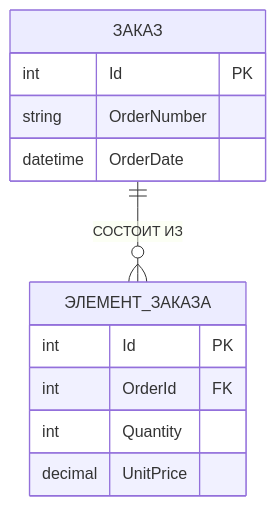
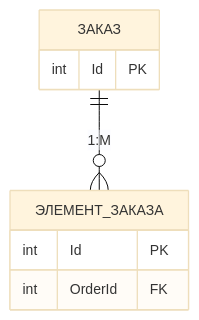
One commit to BDVRepo/Shop changed the fifth of 7 diagrams in example/КУРСОВАЯ_РАБОТА.md. Above: the diagram before and after it, drawn with Mermaid. The commit also changed other lines of this file and 1 other file, not shown here.

````diff
--- a/example/КУРСОВАЯ_РАБОТА.md
+++ b/example/КУРСОВАЯ_РАБОТА.md
@@ -337,15 +299,12 @@
 ```mermaid
+%%{init: {'theme':'base', 'themeVariables': {'fontSize':'14px'}}}%%
 erDiagram
-    ЗАКАЗ ||--o{ ЭЛЕМЕНТ_ЗАКАЗА : "СОСТОИТ ИЗ"
+    ЗАКАЗ ||--o{ ЭЛЕМЕНТ_ЗАКАЗА : "1:M"
     ЗАКАЗ {
         int Id PK
-        string OrderNumber
-        datetime OrderDate
     }
     ЭЛЕМЕНТ_ЗАКАЗА {
         int Id PK
         int OrderId FK
-        int Quantity
-        decimal UnitPrice
     }
 ```
````
